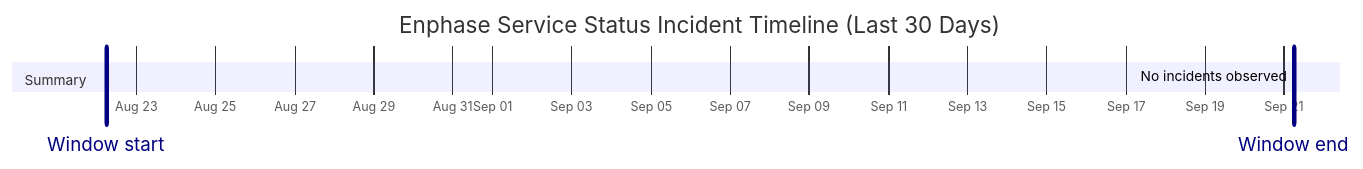
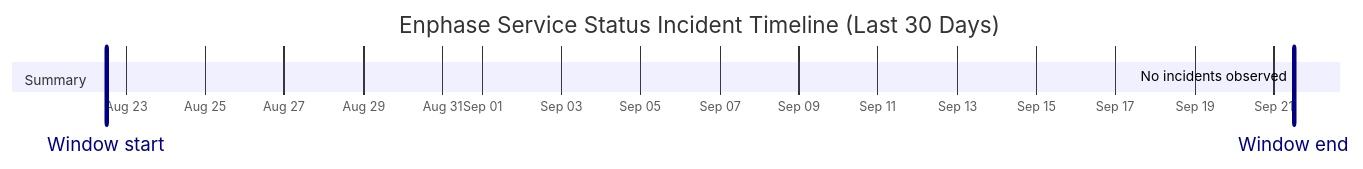
Before and after one commit to barneyonline/ha-enphase-energy: the diagram in wiki/Service-Status-History.md, drawn with Mermaid. The commit also changed other lines of this file and 3 other files, not shown here.

````diff
--- a/wiki/Service-Status-History.md
+++ b/wiki/Service-Status-History.md
@@ -14,10 +14,10 @@
 ```mermaid
 gantt
     title Enphase Service Status Incident Timeline (Last 30 Days)
     dateFormat  YYYY-MM-DDTHH:mm:ss
     axisFormat  %b %d
-    Window start :vert, window-start, 2026-08-22T05:54:30, 0ms
-    Window end :vert, window-end, 2026-09-21T05:54:30, 0ms
+    Window start :vert, window-start, 2026-08-22T12:02:44, 0ms
+    Window end :vert, window-end, 2026-09-21T12:02:44, 0ms
     section Summary
-    No incidents observed :done, 2026-09-21T05:54:30, 1m
+    No incidents observed :done, 2026-09-21T12:02:44, 1m
 ```
````
